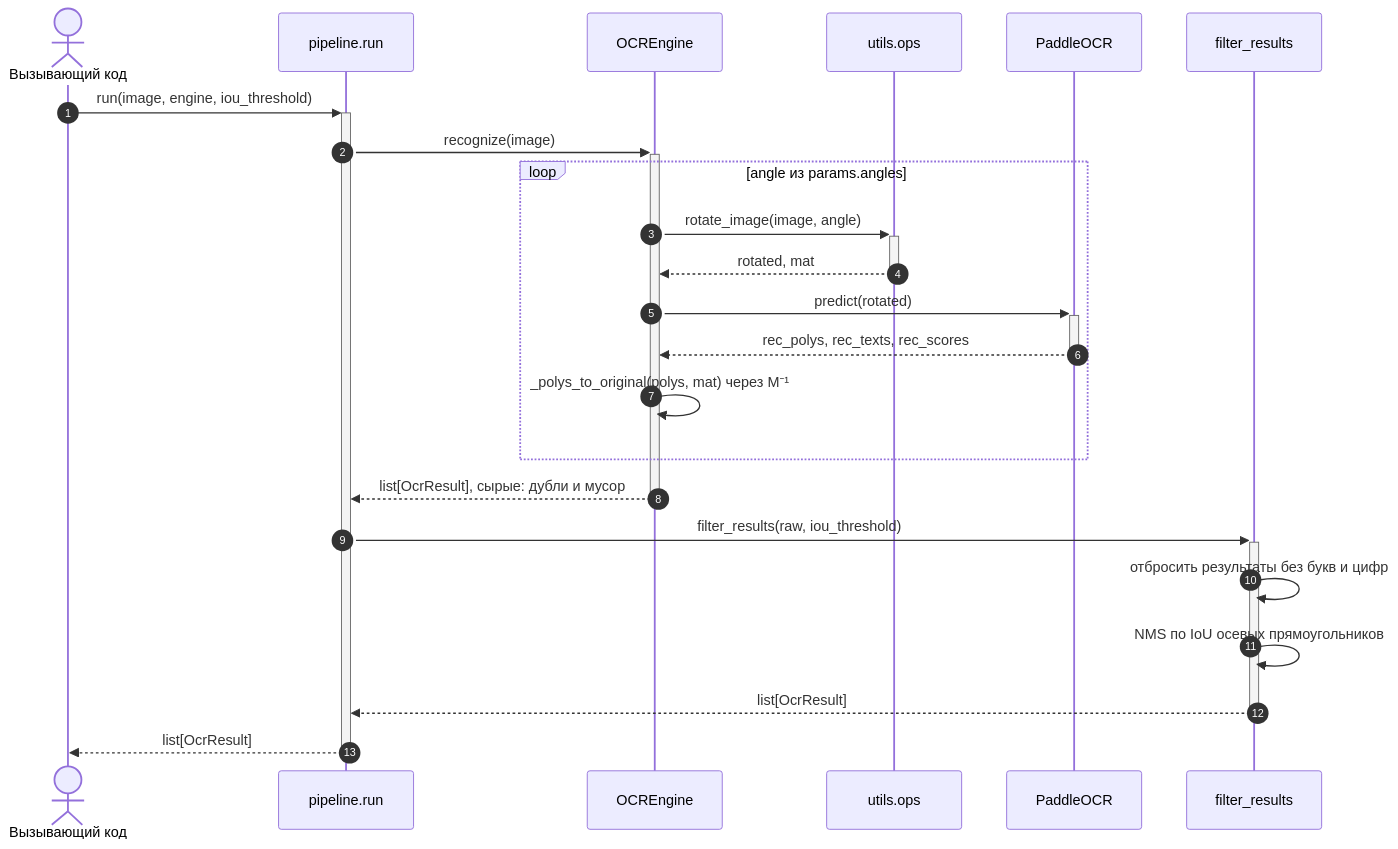
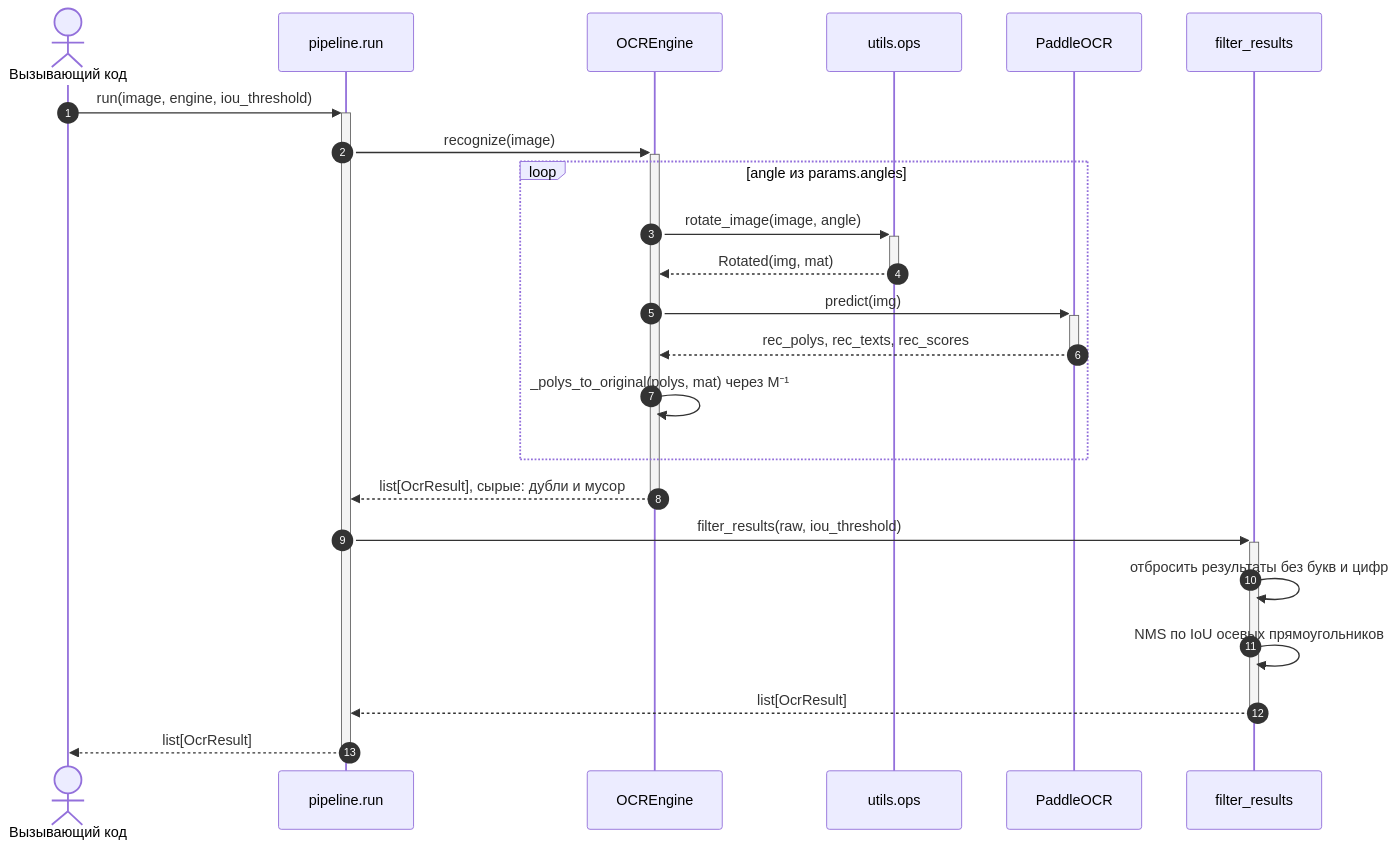
The second of 2 diagrams in docs/architecture/modules/ocr.md (SergeyKrasnoslobodtsev/draftslice), drawn with Mermaid before and after one commit. The commit also changed other lines of this file, not shown here.

Commit message:
refact: уточнены комментарии в функции run для улучшения понимания возвращаемых данных

````diff
--- a/docs/architecture/modules/ocr.md
+++ b/docs/architecture/modules/ocr.md
@@ -83,26 +83,26 @@
 ```mermaid
 sequenceDiagram
     autonumber
     actor C as Вызывающий код
     participant R as pipeline.run
     participant E as OCREngine
     participant O as utils.ops
     participant PO as PaddleOCR
     participant F as filter_results
 
     C->>+R: run(image, engine, iou_threshold)
     R->>+E: recognize(image)
     loop angle из params.angles
         E->>+O: rotate_image(image, angle)
-        O-->>-E: rotated, mat
-        E->>+PO: predict(rotated)
+        O-->>-E: Rotated(img, mat)
+        E->>+PO: predict(img)
         PO-->>-E: rec_polys, rec_texts, rec_scores
         E->>E: _polys_to_original(polys, mat) через M⁻¹
     end
     E-->>-R: list[OcrResult], сырые: дубли и мусор
     R->>+F: filter_results(raw, iou_threshold)
     F->>F: отбросить результаты без букв и цифр
     F->>F: NMS по IoU осевых прямоугольников
     F-->>-R: list[OcrResult]
     R-->>-C: list[OcrResult]
 ```
````
